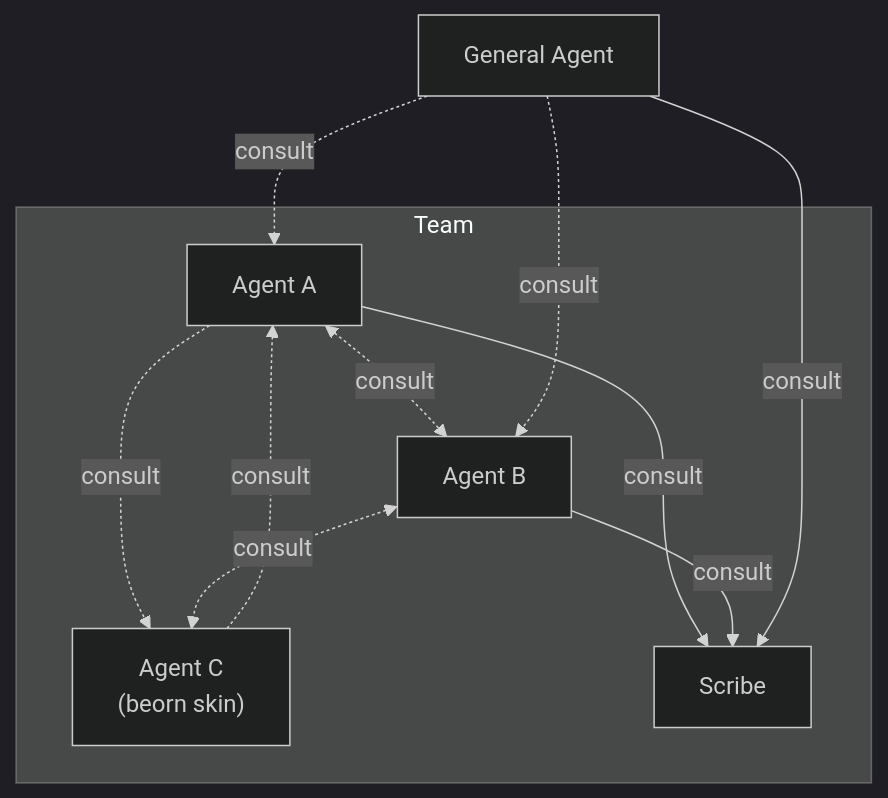
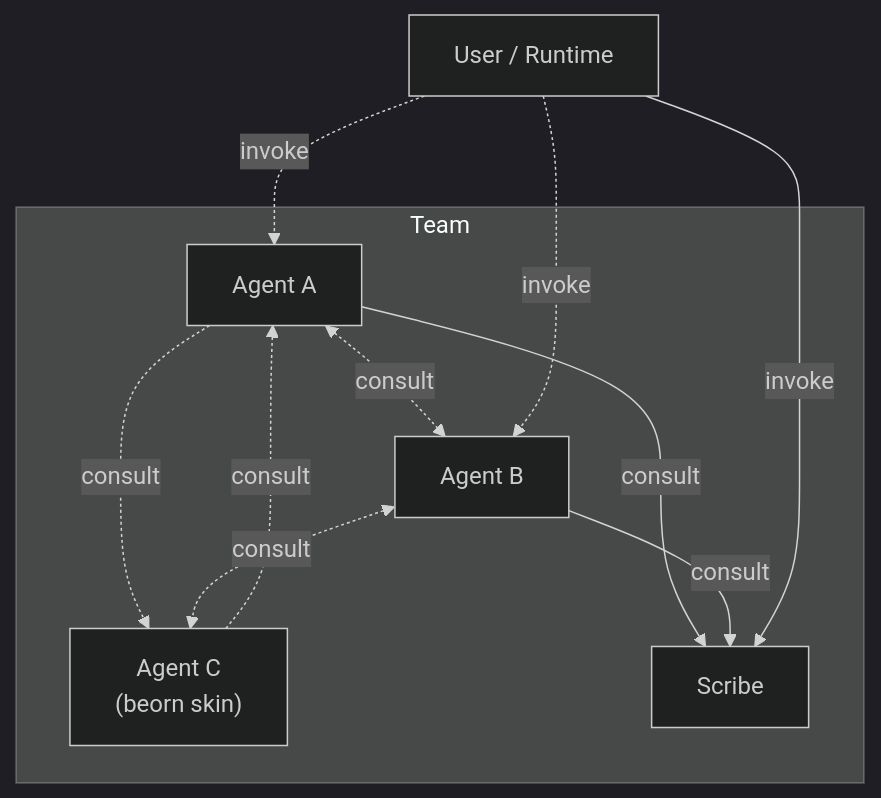
The diagram in docs/framework/overview.md (Kord96/kordinate), drawn with Mermaid (dark theme) before and after one commit. The commit also changed other lines of this file, not shown here.

Commit message:
Docs: remove General Agent from overview, replace with User/Runtime

````diff
--- a/docs/framework/overview.md
+++ b/docs/framework/overview.md
@@ -3,17 +3,17 @@
 ```mermaid
 flowchart TB
-    GENERAL[General Agent]
+    USER[User / Runtime]
 
     subgraph team[Team]
         A1[Agent A] <-.->|consult| A2[Agent B]
         A1 -.->|consult| A3["Agent C\n(beorn skin)"]
         A3 -.->|consult| A1
         A2 <-.->|consult| A3
         A1 -->|consult| SC[Scribe]
         A2 -->|consult| SC
     end
 
-    GENERAL -.->|consult| A1
-    GENERAL -.->|consult| A2
-    GENERAL -->|consult| SC
+    USER -.->|invoke| A1
+    USER -.->|invoke| A2
+    USER -->|invoke| SC
 ```
````
